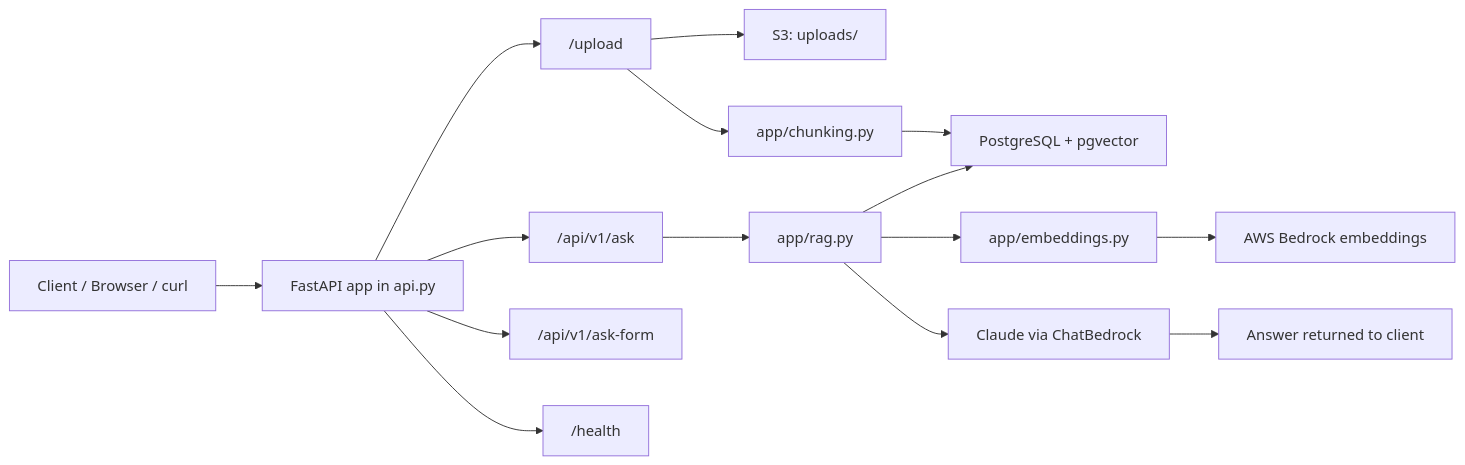
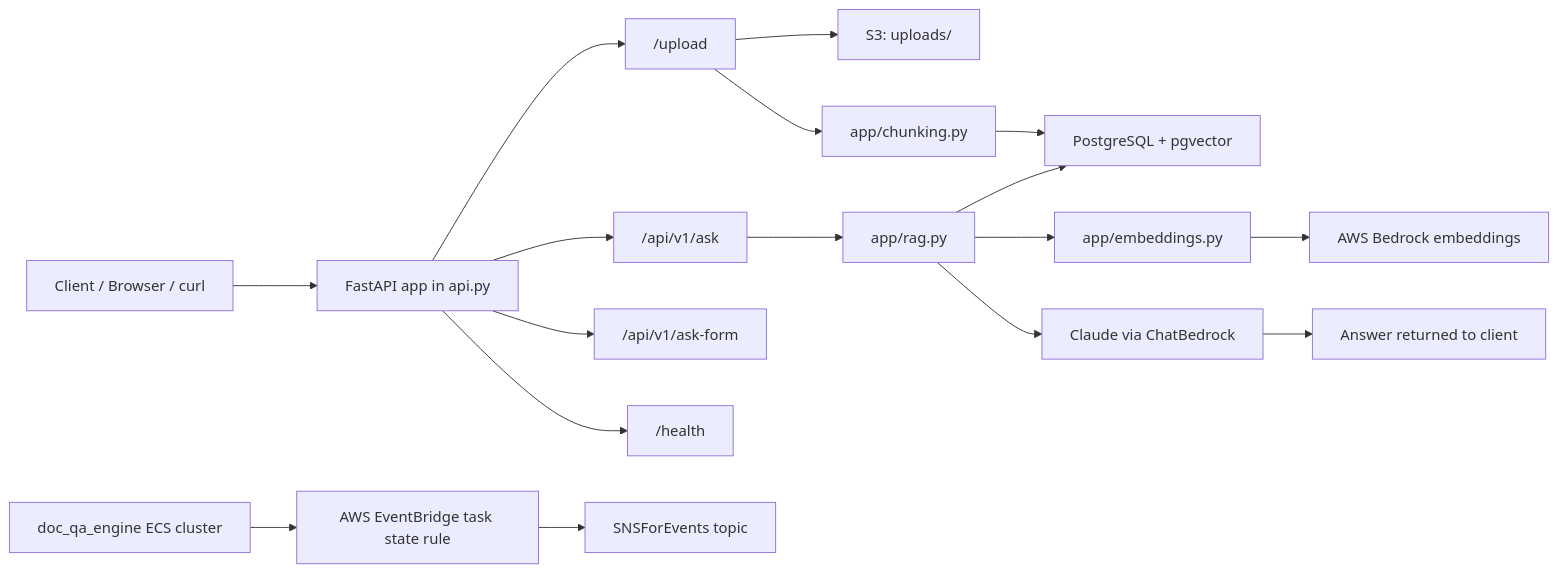
The first of 4 diagrams in README.md (aleksanderwasilewski1310/doc_qa_engine), drawn with Mermaid before and after one commit. The commit also changed other lines of this file and 5 other files, not shown here.

````diff
--- a/README.md
+++ b/README.md
@@ -30,19 +33,22 @@
 ```mermaid
 flowchart LR
     Client[Client / Browser / curl] --> API[FastAPI app in api.py]
   API --> Upload["/upload"]
   API --> Ask["/api/v1/ask"]
   API --> AskForm["/api/v1/ask-form"]
   API --> Health["/health"]
 
     Upload --> S3["S3: uploads/<filename>"]
     Upload --> Chunking[app/chunking.py]
     Chunking --> DB[PostgreSQL + pgvector]
 
     Ask --> RAG[app/rag.py]
     RAG --> Embeddings[app/embeddings.py]
     RAG --> DB
     Embeddings --> Bedrock[AWS Bedrock embeddings]
     RAG --> LLM[Claude via ChatBedrock]
     LLM --> Response[Answer returned to client]
+
+    ECS[doc_qa_engine ECS cluster] --> EventBridge[AWS EventBridge task state rule]
+    EventBridge --> SNS[SNSForEvents topic]
 ```
````
